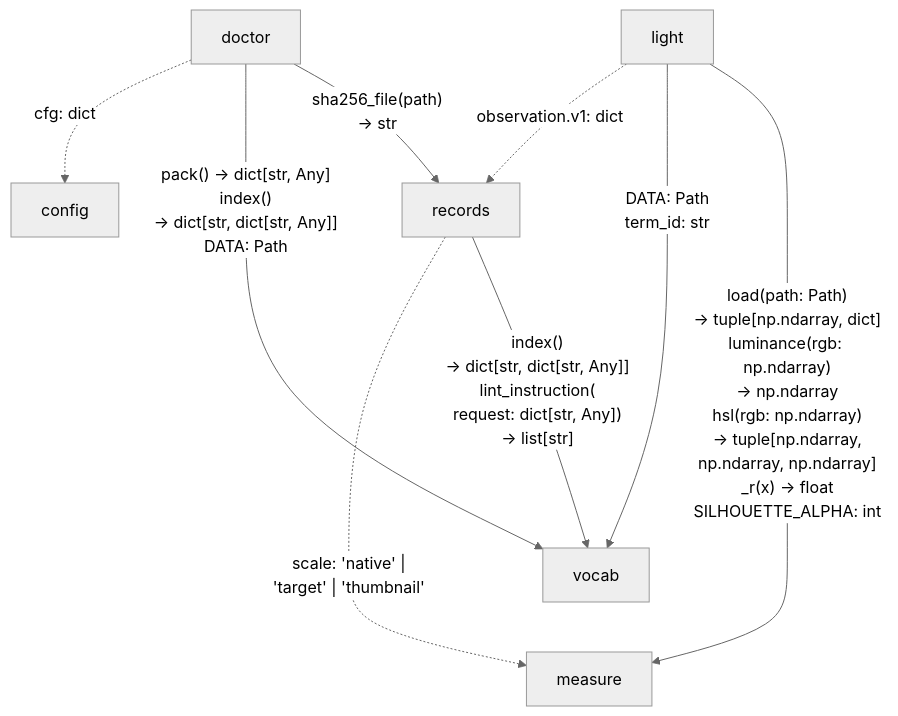
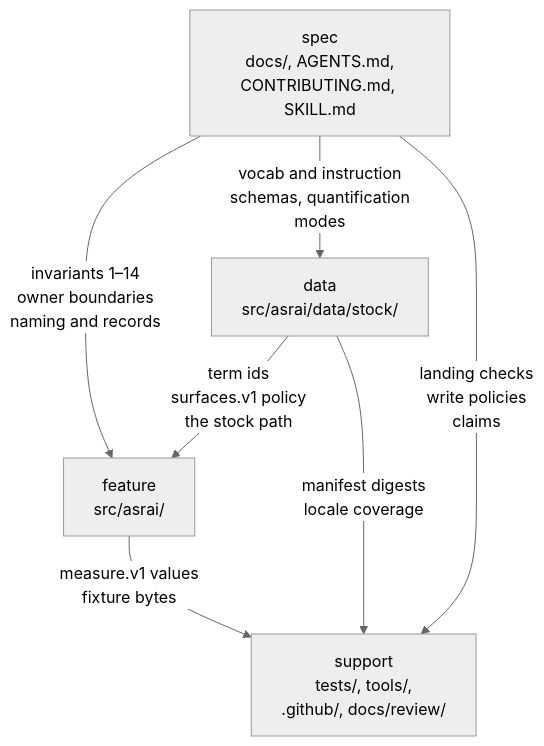
The diagram in docs/architecture.md (Stdev17/asrai), drawn with Mermaid (neutral theme) before and after one commit. The commit also changed other lines of this file and 11 other files, not shown here.

````diff
--- a/docs/architecture.md
+++ b/docs/architecture.md
@@ -17,18 +19,14 @@
 ```mermaid
 flowchart TB
-    CONFIG["config"]
-    LIGHT["light"]
-    DOCTOR["doctor"]
-    MEASURE["measure"]
-    RECORDS["records"]
-    VOCAB["vocab"]
+    SPEC["spec<br/>docs/, AGENTS.md,<br/>CONTRIBUTING.md, SKILL.md"]
+    DATA["data<br/>src/asrai/data/stock/"]
+    FEATURE["feature<br/>src/asrai/"]
+    SUPPORT["support<br/>tests/, tools/,<br/>.github/, docs/review/"]
 
-    LIGHT -->|"load(path: Path)<br/>→ tuple[np.ndarray, dict]<br/>luminance(rgb: np.ndarray)<br/>→ np.ndarray<br/>hsl(rgb: np.ndarray)<br/>→ tuple[np.ndarray,<br/>np.ndarray, np.ndarray]<br/>_r(x) → float<br/>SILHOUETTE_ALPHA: int"| MEASURE
-    LIGHT -->|"DATA: Path<br/>term_id: str"| VOCAB
-    DOCTOR -->|"sha256_file(path)<br/>→ str"| RECORDS
-    DOCTOR -->|"pack() → dict[str, Any]<br/>index()<br/>→ dict[str, dict[str, Any]]<br/>DATA: Path"| VOCAB
-    RECORDS -->|"index()<br/>→ dict[str, dict[str, Any]]<br/>lint_instruction(<br/>request: dict[str, Any])<br/>→ list[str]"| VOCAB
-    LIGHT -.->|"observation.v1: dict"| RECORDS
-    DOCTOR -.->|"cfg: dict"| CONFIG
-    RECORDS -..->|"scale: 'native' #124;<br/>'target' #124; 'thumbnail'"| MEASURE
+    SPEC -->|"invariants 1–14<br/>owner boundaries<br/>naming and records"| FEATURE
+    SPEC -->|"vocab and instruction<br/>schemas, quantification<br/>modes"| DATA
+    SPEC -->|"landing checks<br/>write policies<br/>claims"| SUPPORT
+    DATA -->|"term ids<br/>surfaces.v1 policy<br/>the stock path"| FEATURE
+    DATA -->|"manifest digests<br/>locale coverage"| SUPPORT
+    FEATURE -->|"measure.v1 values<br/>fixture bytes"| SUPPORT
 ```
````
